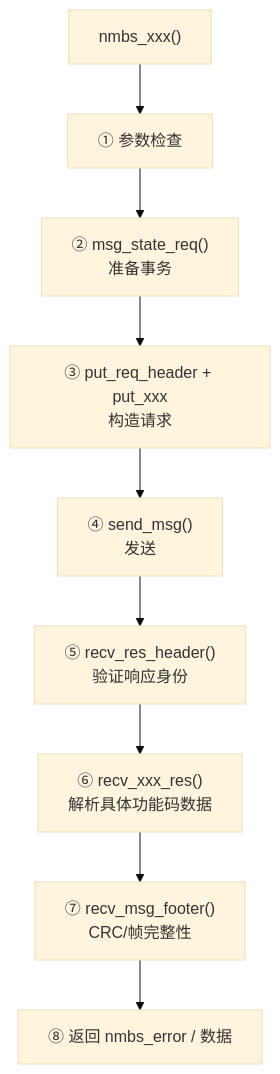
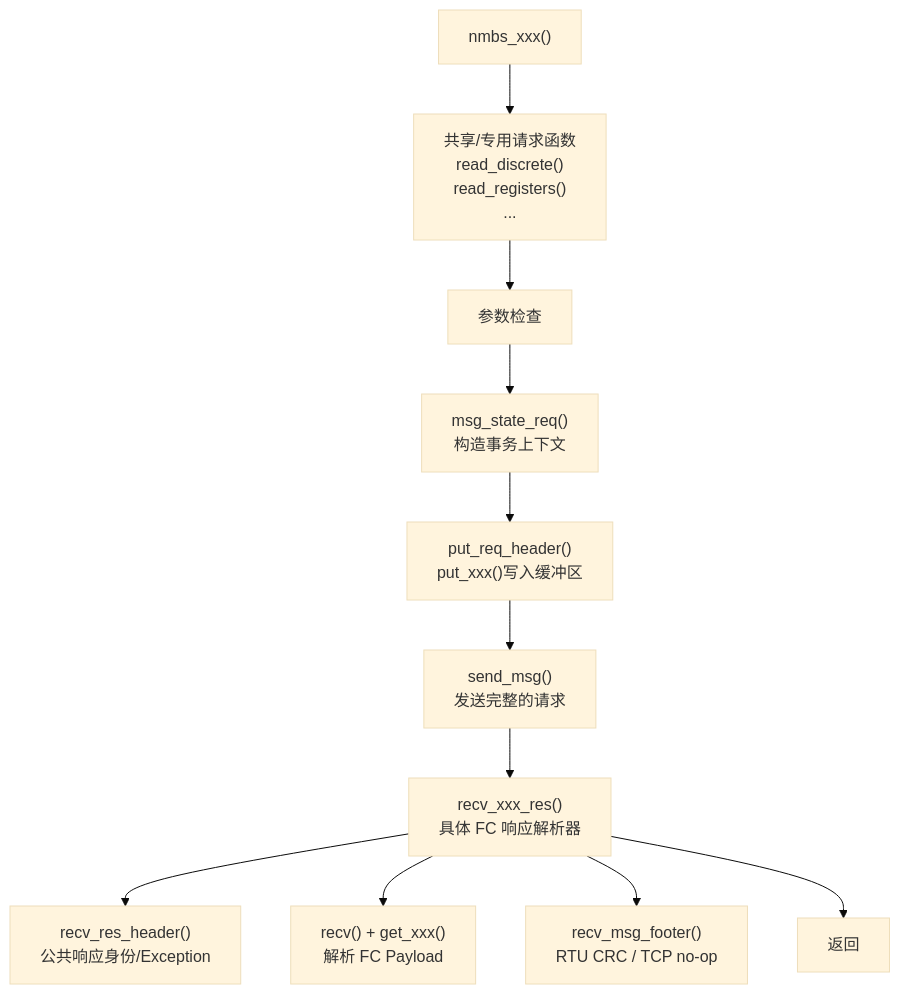
One commit to Mortal-ever/Project_Base_git changed the sixth of 12 diagrams in 资料文档/03_技术实现核心文档/02_源码解读/源码解构/Nanomodbus知识图谱.md. Above: the diagram before and after it, drawn with Mermaid (base theme). The commit also changed 14 other files, not shown here.

````diff
--- a/资料文档/03_技术实现核心文档/02_源码解读/源码解构/Nanomodbus知识图谱.md
+++ b/资料文档/03_技术实现核心文档/02_源码解读/源码解构/Nanomodbus知识图谱.md
@@ -633,23 +633,32 @@
 ```mermaid
 flowchart TB
 
     API["nmbs_xxx()"]
 
-    CHECK["① 参数检查"]
+    COMMON["共享/专用请求函数<br/>read_discrete()<br/>read_registers()<br/>..."]
 
-    PREP["② msg_state_req()<br/>准备事务"]
+    CHECK["参数检查"]
 
-    BUILD["③ put_req_header + put_xxx<br/>构造请求"]
+    PREP["msg_state_req() <br/>构造事务上下文"]
 
-    SEND["④ send_msg()<br/>发送"]
+    BUILD["put_req_header()<br/>put_xxx()写入缓冲区"]
 
-    HEADER["⑤ recv_res_header()<br/>验证响应身份"]
+    SEND["send_msg()<br/>发送完整的请求"]
 
-    BODY["⑥ recv_xxx_res()<br/>解析具体功能码数据"]
+    PARSER["recv_xxx_res()<br/>具体 FC 响应解析器"]
 
-    FOOTER["⑦ recv_msg_footer()<br/>CRC/帧完整性"]
+    HEADER["recv_res_header()<br/>公共响应身份/Exception"]
 
-    RESULT["⑧ 返回 nmbs_error / 数据"]
+    DATA["recv() + get_xxx()<br/>解析 FC Payload"]
 
-    API --> CHECK --> PREP --> BUILD --> SEND --> HEADER --> BODY --> FOOTER --> RESULT
+    FOOTER["recv_msg_footer()<br/>RTU CRC / TCP no-op"]
+
+    RESULT["返回"]
+
+    API --> COMMON --> CHECK --> PREP --> BUILD --> SEND --> PARSER
+
+    PARSER --> HEADER
+    PARSER --> DATA
+    PARSER --> FOOTER
+    PARSER --> RESULT
 ```
````
